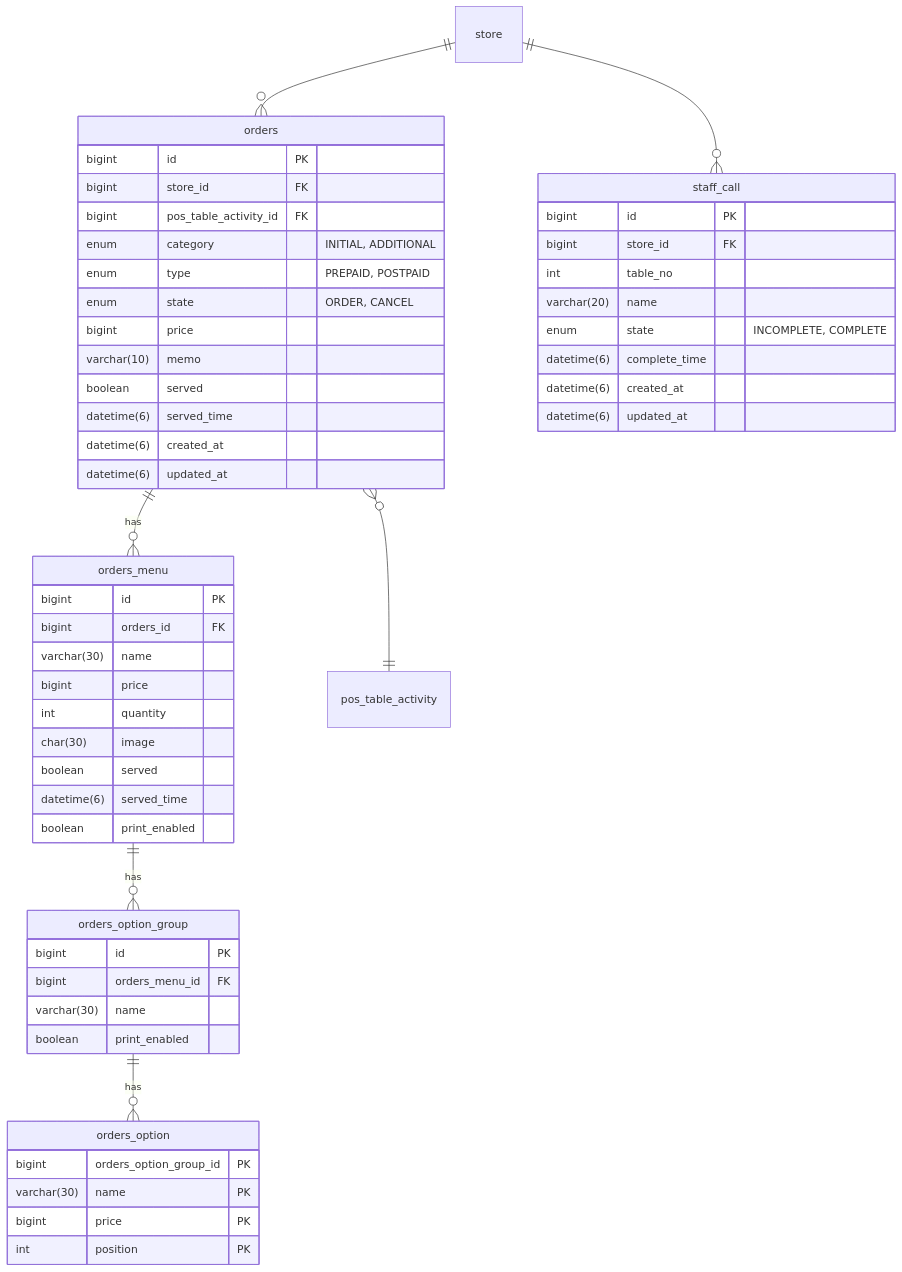
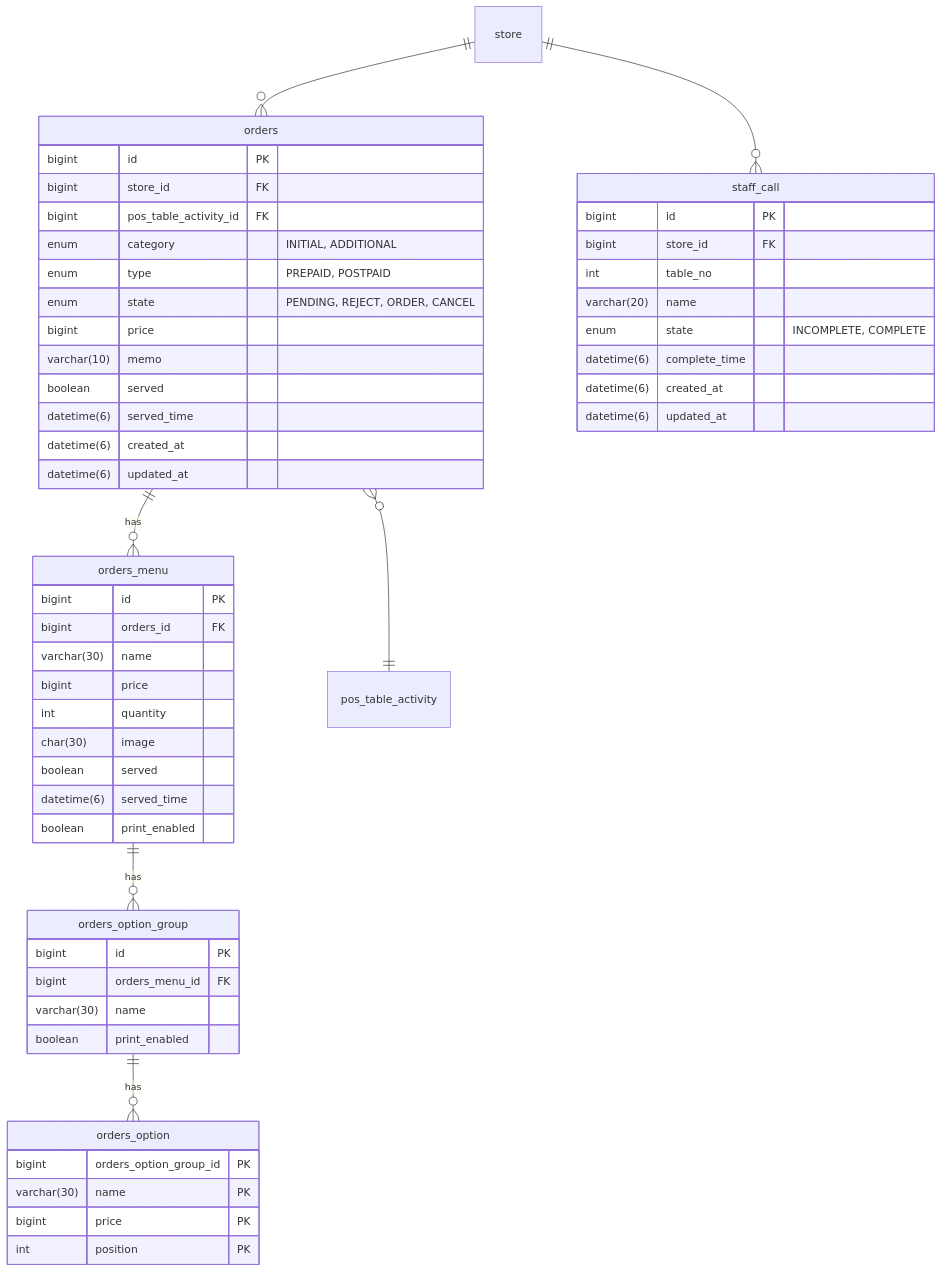
One commit to everyonewaiter/everyonewaiter-api changed the eighth of 10 diagrams in docs/ERD.md. Above: the diagram before and after it, drawn with Mermaid. The commit also changed 8 other files, not shown here.

````diff
--- a/docs/ERD.md
+++ b/docs/ERD.md
@@ -252,61 +252,61 @@
 ```mermaid
 erDiagram
     store ||--o{ orders: ""
     store ||--o{ staff_call: ""
     orders ||--o{ orders_menu: "has"
     orders o{--|| pos_table_activity: ""
     orders_menu ||--o{ orders_option_group: "has"
     orders_option_group ||--o{ orders_option: "has"
 
     orders {
         bigint id PK
         bigint store_id FK
         bigint pos_table_activity_id FK
         enum category "INITIAL, ADDITIONAL"
         enum type "PREPAID, POSTPAID"
-        enum state "ORDER, CANCEL"
+        enum state "PENDING, REJECT, ORDER, CANCEL"
         bigint price
         varchar(10) memo
         boolean served
         datetime(6) served_time
         datetime(6) created_at
         datetime(6) updated_at
     }
 
     orders_menu {
         bigint id PK
         bigint orders_id FK
         varchar(30) name
         bigint price
         int quantity
         char(30) image
         boolean served
         datetime(6) served_time
         boolean print_enabled
     }
 
     orders_option_group {
         bigint id PK
         bigint orders_menu_id FK
         varchar(30) name
         boolean print_enabled
     }
 
     orders_option {
         bigint orders_option_group_id PK
         varchar(30) name PK
         bigint price PK
         int position PK
     }
 
     staff_call {
         bigint id PK
         bigint store_id FK
         int table_no
         varchar(20) name
         enum state "INCOMPLETE, COMPLETE"
         datetime(6) complete_time
         datetime(6) created_at
         datetime(6) updated_at
     }
 ```
````
